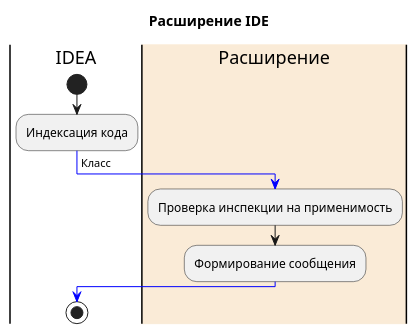
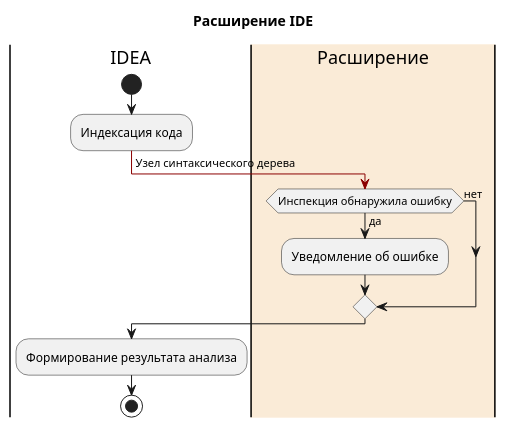
One commit to koperagen/konnekt changed the diagram in docs/integration_idea.puml. Above: the diagram before and after it, drawn with PlantUML. The commit also changed 3 other files, not shown here.

Commit message:
Refactor diagrams

```diff
--- a/docs/integration_idea.puml
+++ b/docs/integration_idea.puml
@@ -1,13 +1,15 @@
 @startuml
 title Расширение IDE
 |IDEA|
 start
 :Индексация кода;
- -[#blue]-> Класс;
+ -[#darkred]-> Узел синтаксического дерева;
 |#AntiqueWhite|Расширение|
-:Проверка инспекции на применимость;
-:Формирование сообщения;
- -[#blue]->;
+if (Инспекция обнаружила ошибку) then (да)
+    :Уведомление об ошибке;
+else (нет)
+endif
 |IDEA|
+:Формирование результата анализа;
 stop
 @enduml
```
